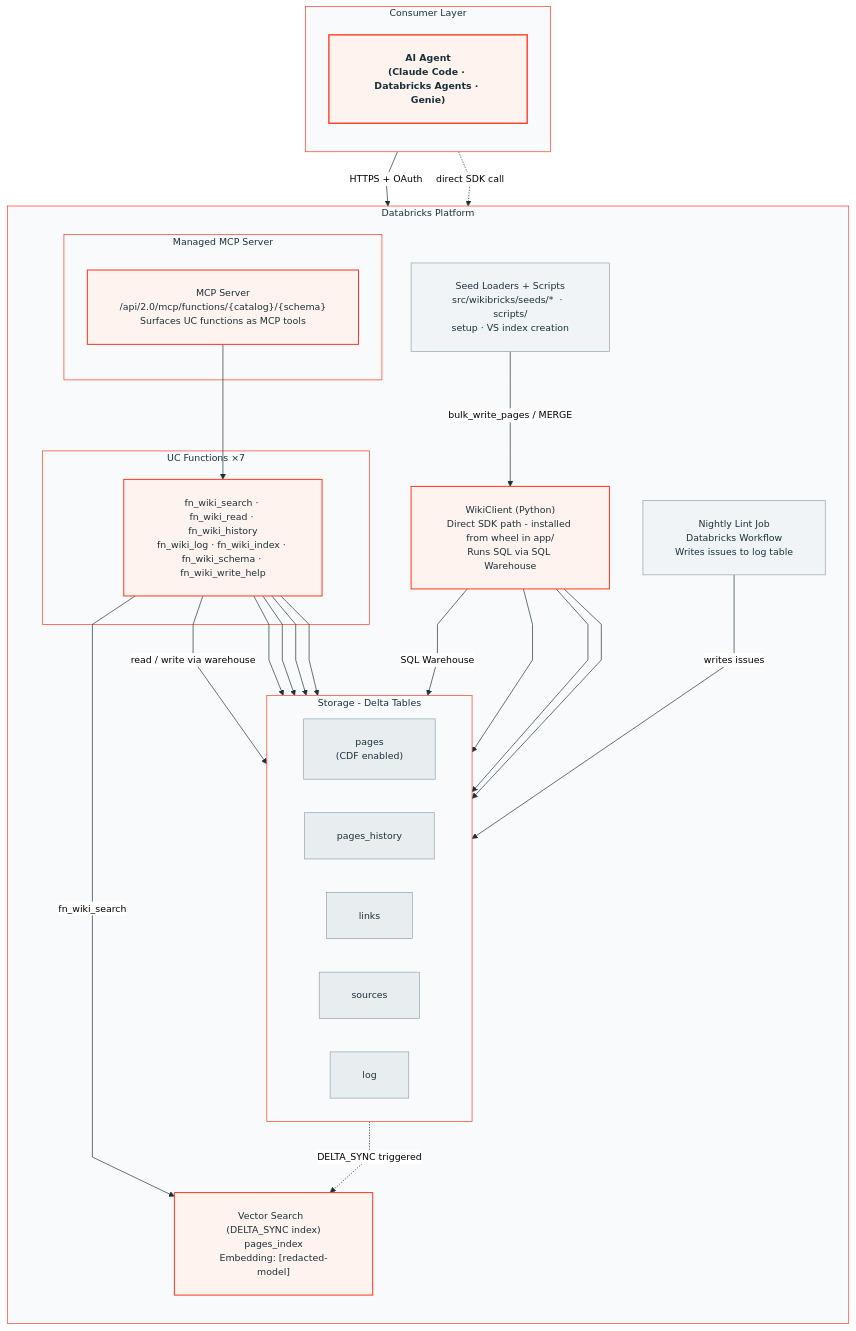
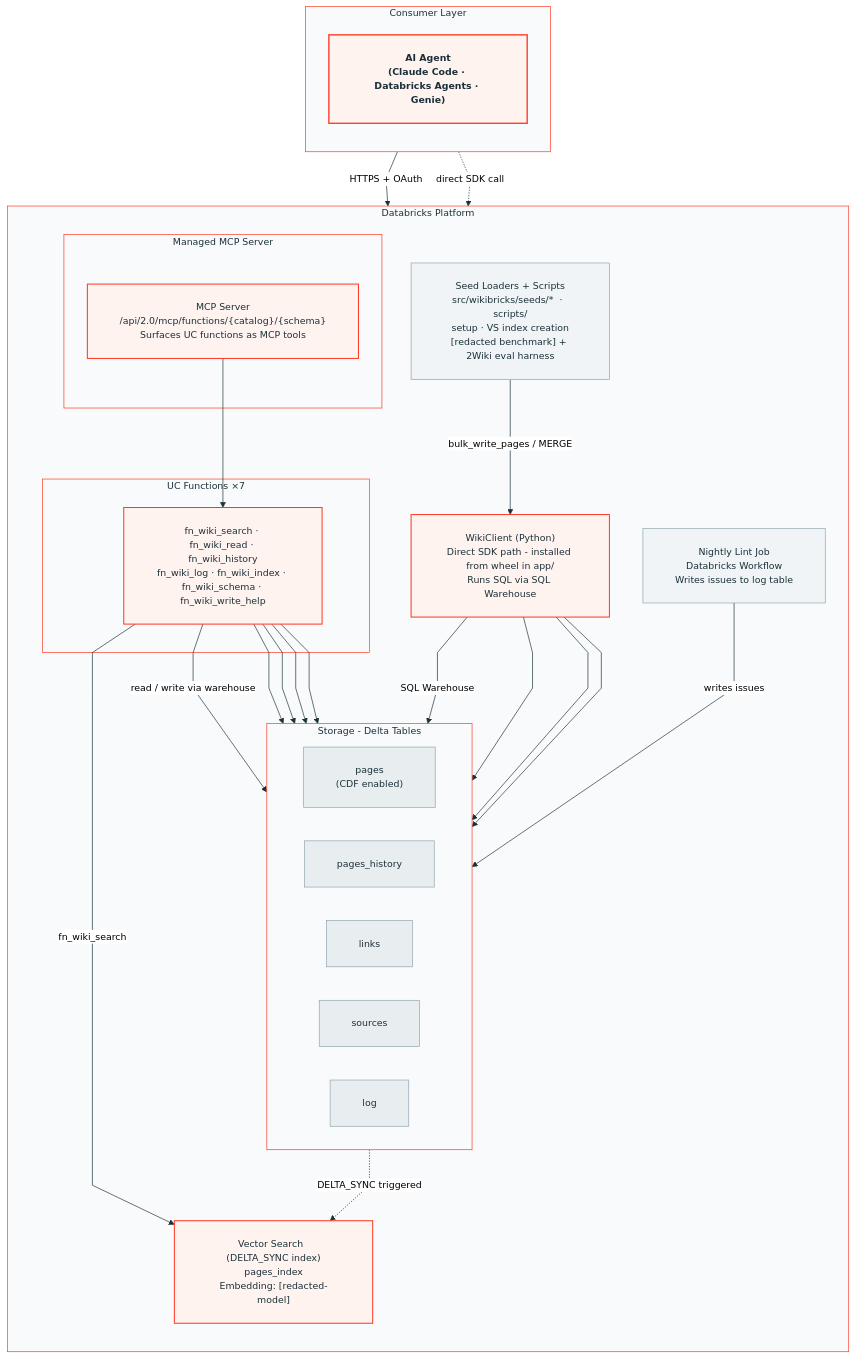
The diagram in docs/img/architecture.mmd (philtief/wikibricks), drawn with Mermaid before and after one commit. The commit also changed 43 other files, not shown here.

```diff
--- a/docs/img/architecture.mmd
+++ b/docs/img/architecture.mmd
@@ -1,106 +1,106 @@
 %%{
   init: {
     "theme": "neutral",
     "themeVariables": {
       "primaryColor": "#F0F4F7",
       "primaryTextColor": "#1B3139",
       "primaryBorderColor": "#FF3621",
       "lineColor": "#1B3139",
       "secondaryColor": "#E8EDF0",
       "tertiaryColor": "#F0F4F7",
       "clusterBkg": "#F8FAFB",
       "clusterBorder": "#FF3621",
       "titleColor": "#1B3139",
       "edgeLabelBackground": "#FFFFFF",
       "fontFamily": "Helvetica, Arial, sans-serif",
       "fontSize": "14px"
     },
     "flowchart": {
       "curve": "linear",
       "padding": 24,
       "nodeSpacing": 50,
       "rankSpacing": 60
     }
   }
 }%%
 flowchart TD
 
   subgraph CONSUMER["Consumer Layer"]
     direction TB
     AGENT["AI Agent\n(Claude Code · Databricks Agents · Genie)"]
   end
 
   subgraph PLATFORM["Databricks Platform"]
     direction TB
 
     subgraph MCP_BLOCK["Managed MCP Server"]
       MCP["MCP Server\n/api/2.0/mcp/functions/{catalog}/{schema}\nSurfaces UC functions as MCP tools"]
     end
 
     subgraph UC_BLOCK["UC Functions  ×7"]
       UC["fn_wiki_search · fn_wiki_read · fn_wiki_history\nfn_wiki_log · fn_wiki_index · fn_wiki_schema · fn_wiki_write_help"]
     end
 
     WIKI["WikiClient (Python)\nDirect SDK path - installed from wheel in app/\nRuns SQL via SQL Warehouse"]
 
     VS["Vector Search  (DELTA_SYNC index)\npages_index\nEmbedding: [redacted-model]"]
 
-    SEEDS["Seed Loaders + Scripts\nsrc/wikibricks/seeds/*  ·  scripts/\nsetup · VS index creation"]
+    SEEDS["Seed Loaders + Scripts\nsrc/wikibricks/seeds/*  ·  scripts/\nsetup · VS index creation\n[redacted benchmark] + 2Wiki eval harness"]
 
     LINT["Nightly Lint Job\nDatabricks Workflow\nWrites issues to log table"]
 
     subgraph STORAGE["Storage - Delta Tables"]
       direction LR
       PAGES["pages\n(CDF enabled)"]
       HISTORY["pages_history"]
       LINKS["links"]
       SOURCES["sources"]
       LOG["log"]
     end
 
   end
 
   %% ── Agent → MCP (HTTPS + OAuth)
   AGENT -->|"HTTPS + OAuth"| MCP
 
   %% ── Agent → WikiClient (dashed alternative)
   AGENT -. "direct SDK call" .-> WIKI
 
   %% ── MCP → UC Functions
   MCP --> UC
 
   %% ── UC fn_wiki_search → Vector Search
   UC -->|"fn_wiki_search"| VS
 
   %% ── UC everything else → Delta Tables (via warehouse)
   UC -->|"read / write via warehouse"| PAGES
   UC --> HISTORY
   UC --> LINKS
   UC --> SOURCES
   UC --> LOG
 
   %% ── WikiClient → Delta Tables
   WIKI -->|"SQL Warehouse"| PAGES
   WIKI --> HISTORY
   WIKI --> LINKS
   WIKI --> SOURCES
 
   %% ── pages CDF auto-syncs Vector Search
   PAGES -. "DELTA_SYNC triggered" .-> VS
 
   %% ── Seed Loaders → WikiClient
   SEEDS -->|"bulk_write_pages / MERGE"| WIKI
 
   %% ── Nightly Lint → log
   LINT -->|"writes issues"| LOG
 
   %% ── Styling
   classDef agentNode fill:#FFF3F0,stroke:#FF3621,stroke-width:2px,color:#1B3139,font-weight:bold
   classDef platformNode fill:#F0F4F7,stroke:#8FA3AD,stroke-width:1px,color:#1B3139
   classDef storageNode fill:#E8EDF0,stroke:#8FA3AD,stroke-width:1px,color:#1B3139
   classDef accentNode fill:#FFF3F0,stroke:#FF3621,stroke-width:1.5px,color:#1B3139
 
   class AGENT agentNode
   class MCP,UC,WIKI,VS accentNode
   class SEEDS,LINT platformNode
   class PAGES,HISTORY,LINKS,SOURCES,LOG storageNode
```
